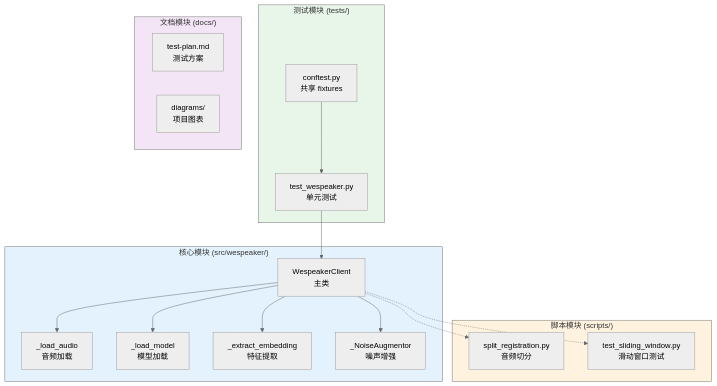
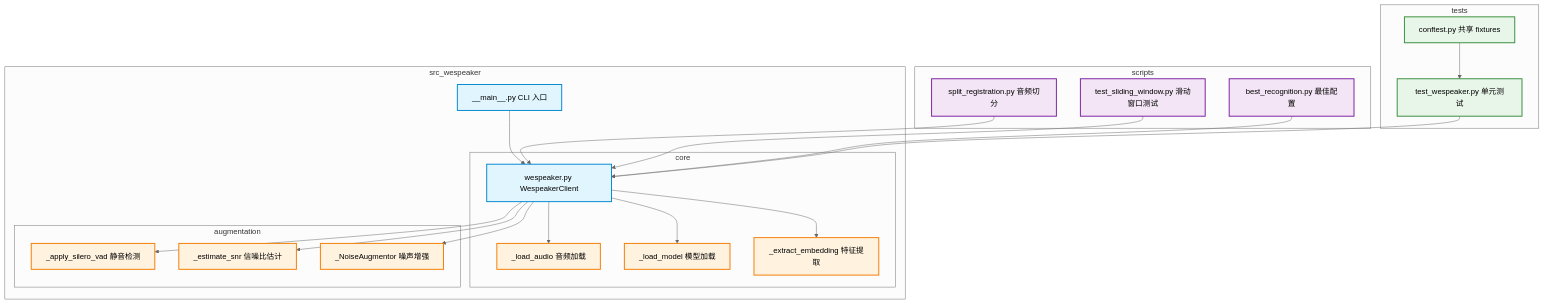
The diagram in docs/diagrams/modules.md (deepedge-ai-tech/voice-id), drawn with Mermaid (neutral theme) before and after one commit. The commit also changed other lines of this file and 5 other files, not shown here.

Commit message:
update diagram

````diff
--- a/docs/diagrams/modules.md
+++ b/docs/diagrams/modules.md
@@ -3,39 +3,48 @@
 ```mermaid
-graph TB
-    subgraph Core["核心模块 (src/wespeaker/)"]
-        A[WespeakerClient<br/>主类]
-        B[_load_audio<br/>音频加载]
-        C[_load_model<br/>模型加载]
-        D[_extract_embedding<br/>特征提取]
-        E[_NoiseAugmentor<br/>噪声增强]
+graph TD
+    classDef core fill:#e1f5fe,stroke:#0288d1,stroke-width:2px;
+    classDef util fill:#fff3e0,stroke:#f57c00,stroke-width:2px;
+    classDef test fill:#e8f5e9,stroke:#388e3c,stroke-width:2px;
+    classDef script fill:#f3e5f5,stroke:#7b1fa2,stroke-width:2px;
+
+    subgraph src_wespeaker
+        Main[__main__.py CLI 入口]:::core
+
+        subgraph core
+            Wespeaker[wespeaker.py WespeakerClient]:::core
+            Audio[_load_audio 音频加载]:::util
+            Model[_load_model 模型加载]:::util
+            Extract[_extract_embedding 特征提取]:::util
+        end
+
+        subgraph augmentation
+            VAD[_apply_silero_vad 静音检测]:::util
+            SNR[_estimate_snr 信噪比估计]:::util
+            Augment[_NoiseAugmentor 噪声增强]:::util
+        end
     end
 
-    subgraph Scripts["脚本模块 (scripts/)"]
-        F[split_registration.py<br/>音频切分]
-        G[test_sliding_window.py<br/>滑动窗口测试]
+    subgraph scripts
+        Split[split_registration.py 音频切分]:::script
+        Sliding[test_sliding_window.py 滑动窗口测试]:::script
+        Best[best_recognition.py 最佳配置]:::script
     end
 
-    subgraph Tests["测试模块 (tests/)"]
-        H[test_wespeaker.py<br/>单元测试]
-        I[conftest.py<br/>共享 fixtures]
+    subgraph tests
+        Unit[test_wespeaker.py 单元测试]:::test
+        Conf[conftest.py 共享 fixtures]:::test
     end
 
-    subgraph Docs["文档模块 (docs/)"]
-        J[test-plan.md<br/>测试方案]
-        K[diagrams/<br/>项目图表]
-    end
-
-    A --> B
-    A --> C
-    A --> D
-    A --> E
-    A -.-> F
-    A -.-> G
-    H --> A
-    I --> H
-
-    style Core fill:#e3f2fd
-    style Scripts fill:#fff3e0
-    style Tests fill:#e8f5e9
-    style Docs fill:#f3e5f5
+    Main --> Wespeaker
+    Wespeaker --> Audio
+    Wespeaker --> Model
+    Wespeaker --> Extract
+    Wespeaker --> VAD
+    Wespeaker --> SNR
+    Wespeaker --> Augment
+    Split --> Wespeaker
+    Sliding --> Wespeaker
+    Best --> Wespeaker
+    Unit --> Wespeaker
+    Conf --> Unit
 ```
````
